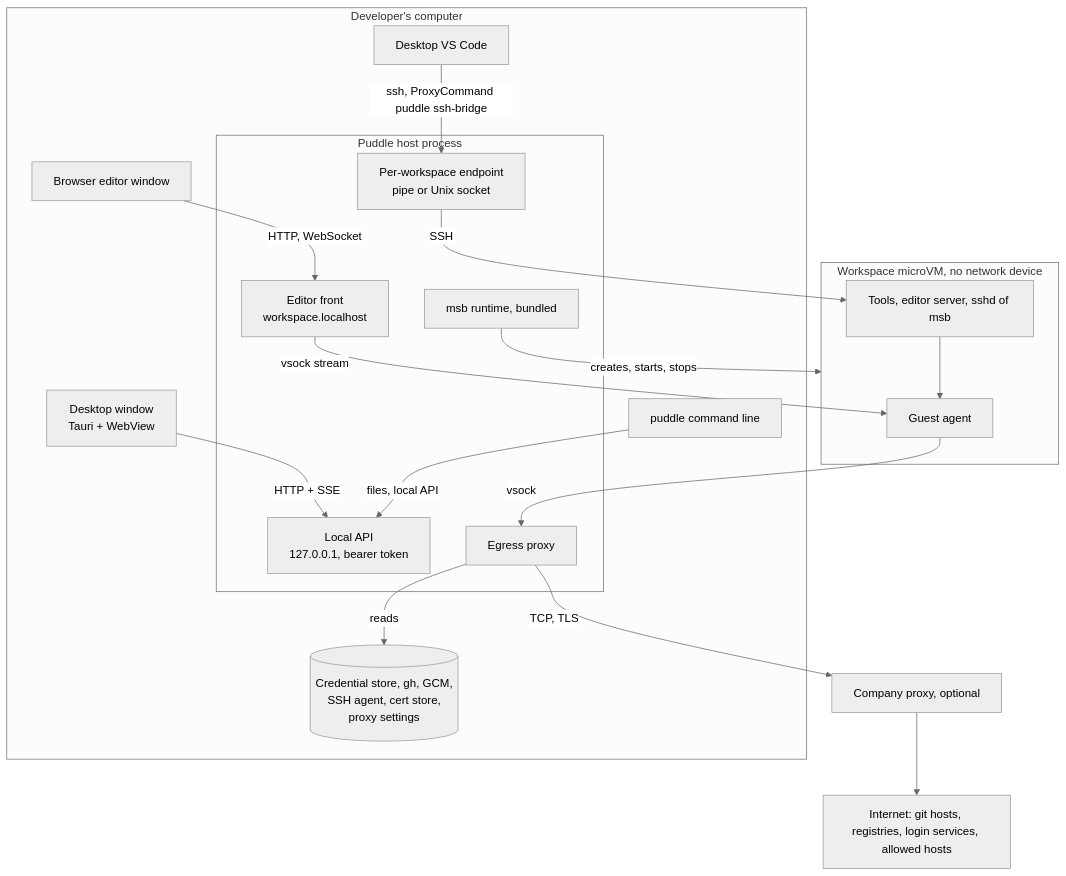
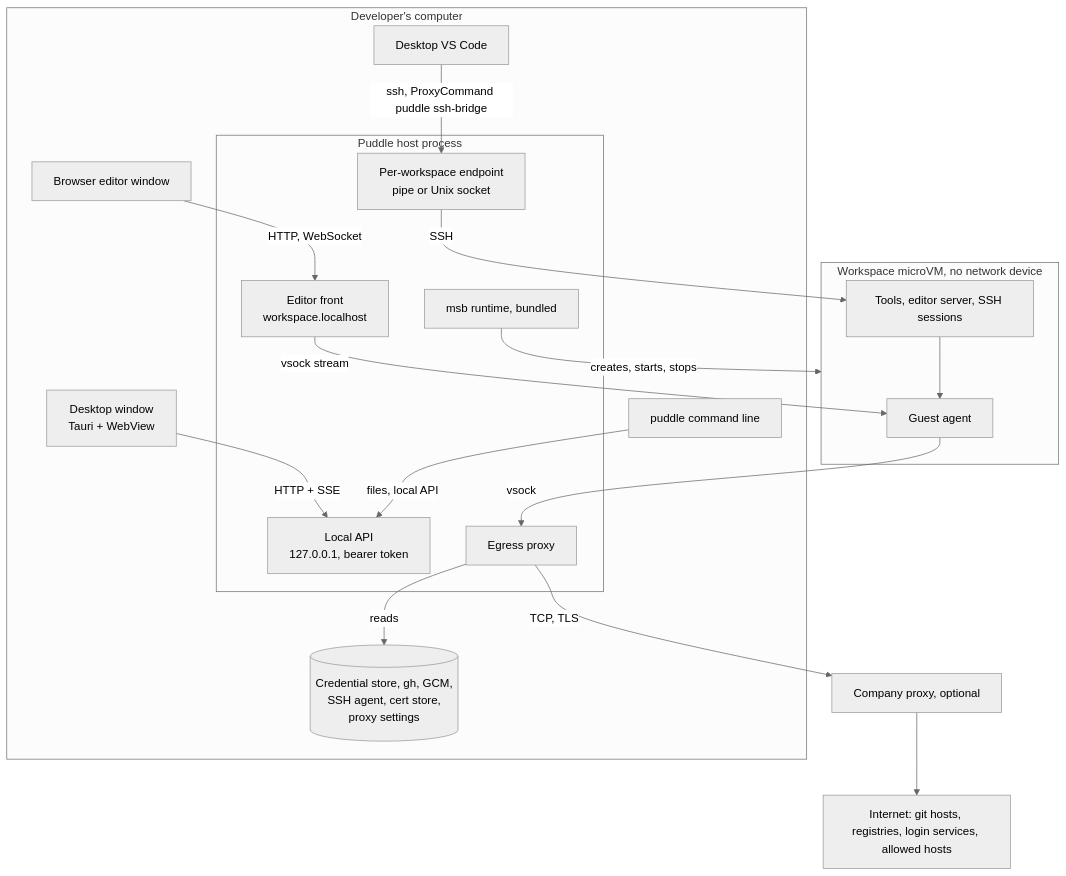
The second of 2 diagrams in docs/architecture/03-context-and-scope.md (PuddleHQ/puddle), drawn with Mermaid (neutral theme) before and after one commit. The commit also changed 5 other files, not shown here.

First line of the commit message:
docs(architecture): consistency pass over the twelve sections

````diff
--- a/docs/architecture/03-context-and-scope.md
+++ b/docs/architecture/03-context-and-scope.md
@@ -46,35 +46,35 @@
 ```mermaid
 flowchart TB
     subgraph host [Developer's computer]
         window[Desktop window<br/>Tauri + WebView]
         browser[Browser editor window]
         cli[puddle command line]
         vscode[Desktop VS Code]
         subgraph proc [Puddle host process]
             api[Local API<br/>127.0.0.1, bearer token]
             front[Editor front<br/>workspace.localhost]
             proxy[Egress proxy]
             ipc[Per-workspace endpoint<br/>pipe or Unix socket]
             rt[msb runtime, bundled]
         end
         os[(Credential store, gh, GCM,<br/>SSH agent, cert store,<br/>proxy settings)]
     end
     subgraph vm [Workspace microVM, no network device]
         ga[Guest agent]
-        tools[Tools, editor server, sshd of msb]
+        tools[Tools, editor server, SSH sessions]
     end
     up[Company proxy, optional]
     net[Internet: git hosts, registries, login services, allowed hosts]
 
     window -- "HTTP + SSE" --> api
     cli -- "files, local API" --> api
     browser -- "HTTP, WebSocket" --> front
     vscode -- "ssh, ProxyCommand puddle ssh-bridge" --> ipc
     proxy -- "reads" --> os
     rt -- "creates, starts, stops" --> vm
     tools --> ga
     ga -- "vsock" --> proxy
     front -- "vsock stream" --> ga
     ipc -- "SSH" --> tools
     proxy -- "TCP, TLS" --> up --> net
 ```
````
